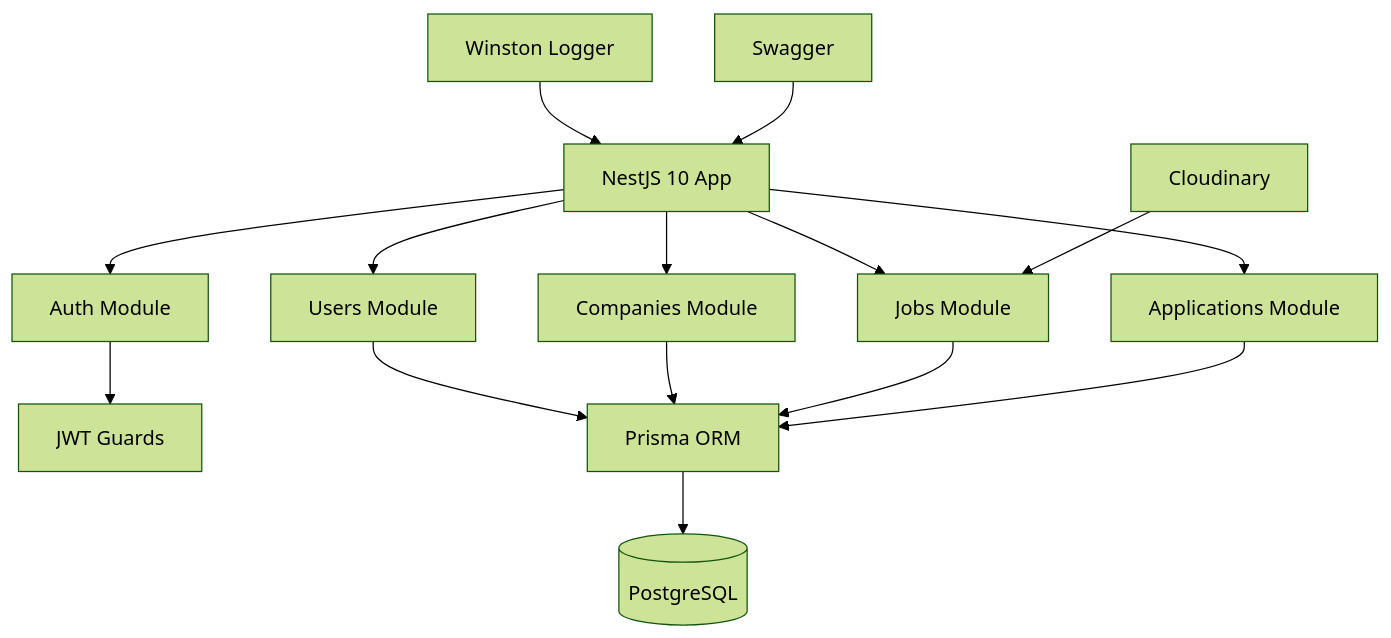
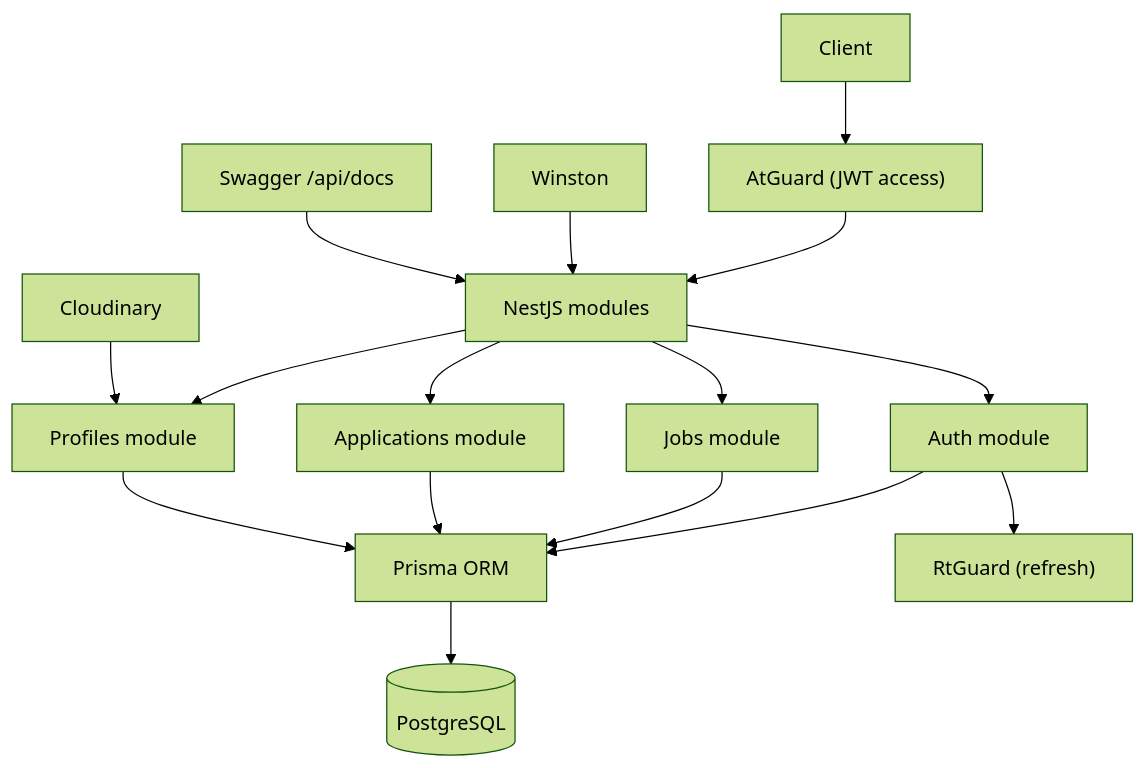
The first of 3 diagrams in src/content/projects/ngejoblist.mdx (raihanachmad8/portofolio), drawn with Mermaid (forest theme) before and after one commit. The commit also changed other lines of this file and 16 other files, not shown here.

First line of the commit message:
feat: enrich all 11 project MDX with verified data and diagrams

````diff
--- a/src/content/projects/ngejoblist.mdx
+++ b/src/content/projects/ngejoblist.mdx
@@ -56,17 +50,18 @@
 ```mermaid
 flowchart TD
-    A["NestJS 10 App"] --> B["Auth Module"]
-    A --> C["Users Module"]
-    A --> D["Companies Module"]
-    A --> E["Jobs Module"]
-    A --> F["Applications Module"]
-    B --> G["JWT Guards"]
+    A["Client"] --> G["AtGuard (JWT access)"]
+    G --> B["NestJS modules"]
+    B --> C["Auth module"]
+    B --> D["Jobs module"]
+    B --> E["Applications module"]
+    B --> F["Profiles module"]
     C --> H["Prisma ORM"]
     D --> H
     E --> H
     F --> H
     H --> I[("PostgreSQL")]
-    J["Cloudinary"] --> E
-    K["Winston Logger"] --> A
-    L["Swagger"] --> A
+    C --> J["RtGuard (refresh)"]
+    K["Cloudinary"] --> F
+    L["Winston"] --> B
+    M["Swagger /api/docs"] --> B
 ```
````
